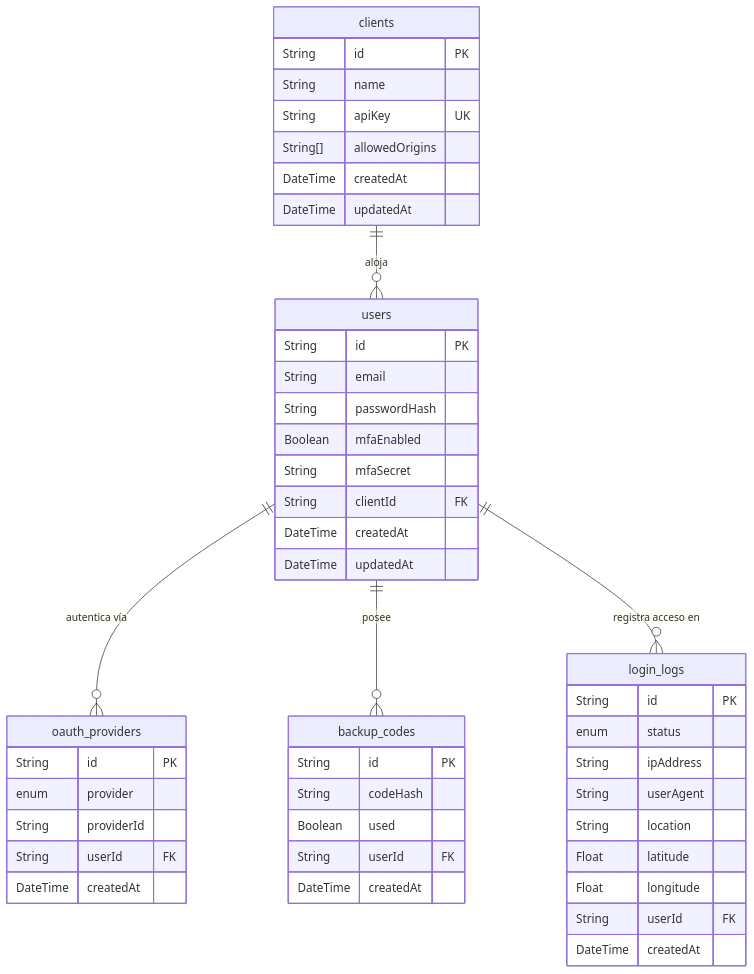
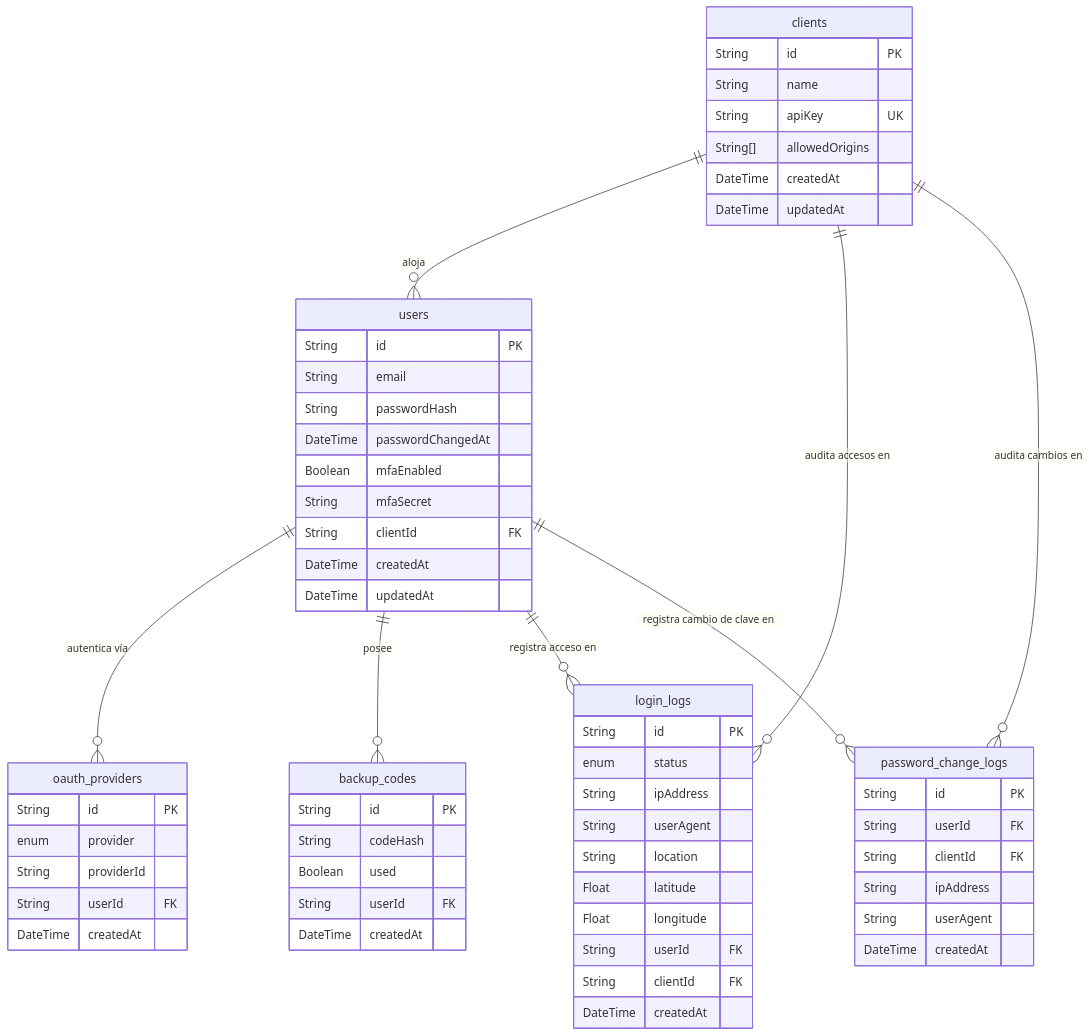
The third of 3 diagrams in docs/DocumentacionTecnica.md (Marvinilt/NexusAuth), drawn with Mermaid before and after one commit. The commit also changed other lines of this file and 27 other files, not shown here.

````diff
--- a/docs/DocumentacionTecnica.md
+++ b/docs/DocumentacionTecnica.md
@@ -84,55 +90,69 @@
 ```mermaid
 erDiagram
     clients ||--o{ users : "aloja"
+    clients ||--o{ login_logs : "audita accesos en"
+    clients ||--o{ password_change_logs : "audita cambios en"
     users ||--o{ oauth_providers : "autentica vía"
     users ||--o{ backup_codes : "posee"
     users ||--o{ login_logs : "registra acceso en"
+    users ||--o{ password_change_logs : "registra cambio de clave en"
 
     clients {
         String id PK
         String name
         String apiKey UK
         String[] allowedOrigins
         DateTime createdAt
         DateTime updatedAt
     }
 
     users {
         String id PK
         String email
         String passwordHash
+        DateTime passwordChangedAt
         Boolean mfaEnabled
         String mfaSecret
         String clientId FK
         DateTime createdAt
         DateTime updatedAt
     }
 
     oauth_providers {
         String id PK
         enum provider
         String providerId
         String userId FK
         DateTime createdAt
     }
 
     backup_codes {
         String id PK
         String codeHash
         Boolean used
         String userId FK
         DateTime createdAt
     }
 
     login_logs {
         String id PK
         enum status
         String ipAddress
         String userAgent
         String location
         Float latitude
         Float longitude
         String userId FK
+        String clientId FK
+        DateTime createdAt
+    }
+
+    password_change_logs {
+        String id PK
+        String userId FK
+        String clientId FK
+        String ipAddress
+        String userAgent
         DateTime createdAt
     }
 ```
````
